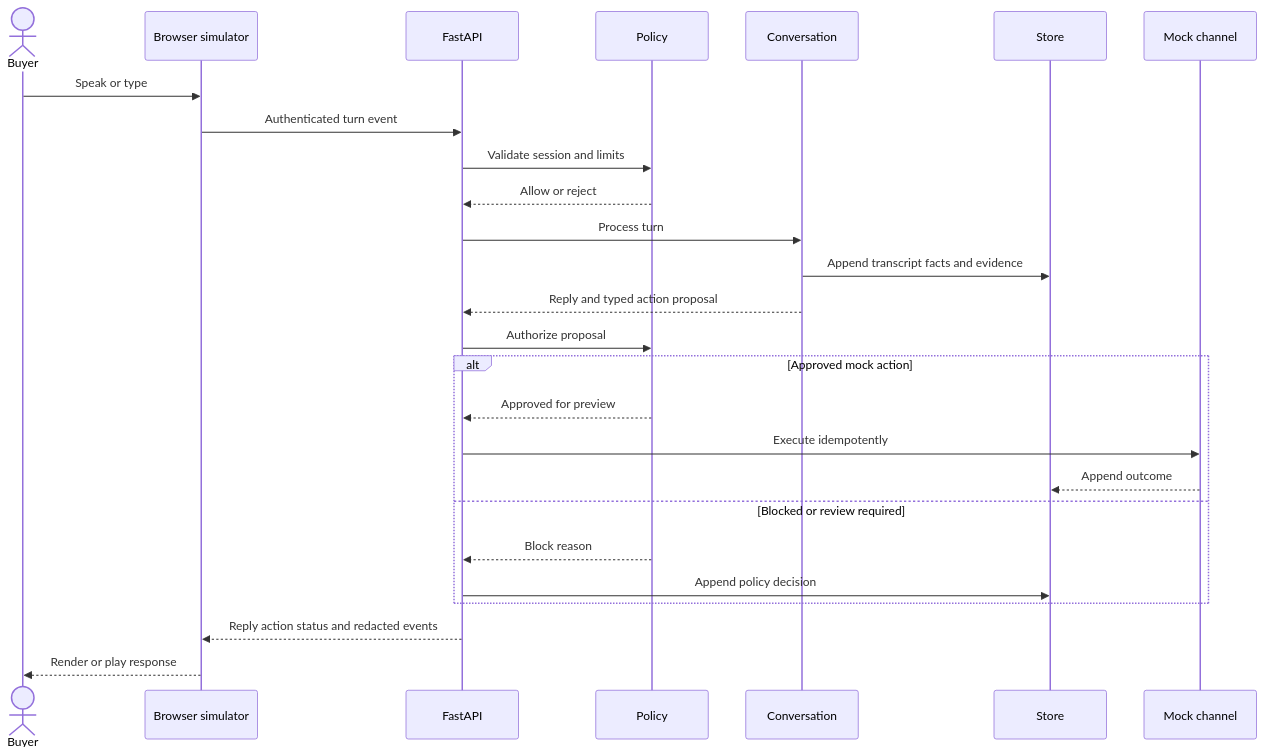
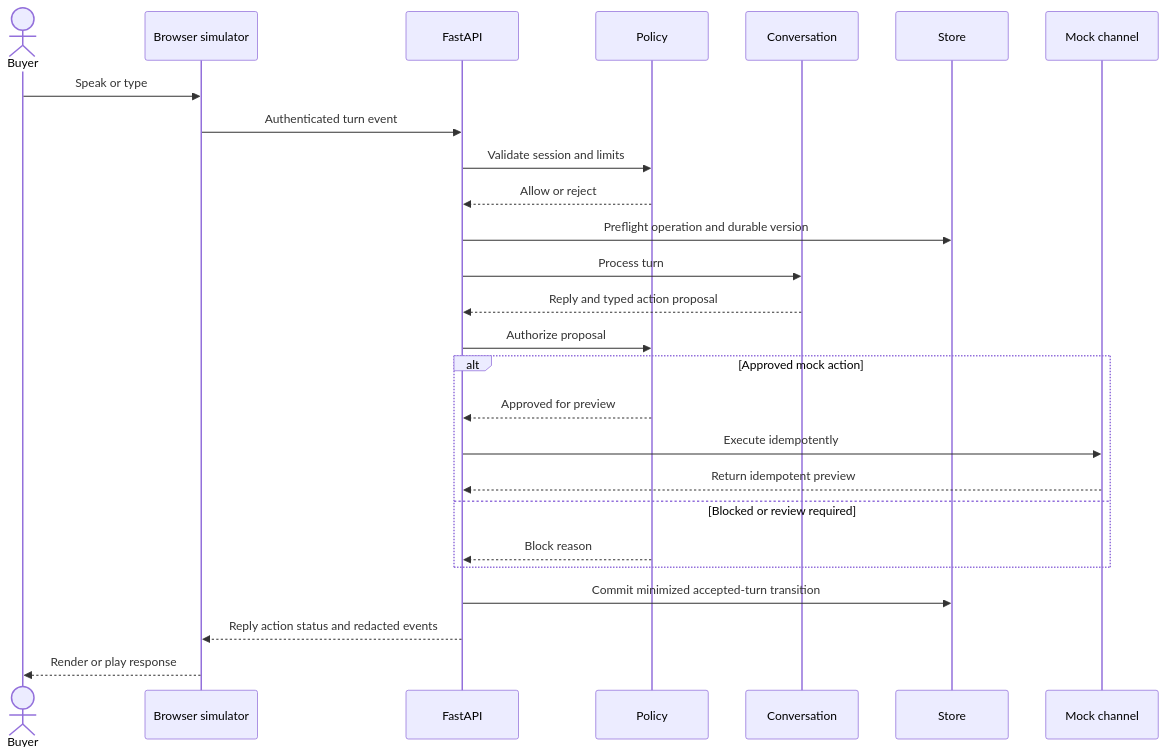
The second of 7 diagrams in docs/ARCHITECTURE.md (ishu-dvd/pitchBot), drawn with Mermaid before and after one commit. The commit also changed other lines of this file and 15 other files, not shown here.

````diff
--- a/docs/ARCHITECTURE.md
+++ b/docs/ARCHITECTURE.md
@@ -61,29 +61,29 @@
 ```mermaid
 sequenceDiagram
     actor Buyer
     participant UI as Browser simulator
     participant API as FastAPI
     participant Policy
     participant Conversation
     participant Store
     participant Mock as Mock channel
 
     Buyer->>UI: Speak or type
     UI->>API: Authenticated turn event
     API->>Policy: Validate session and limits
     Policy-->>API: Allow or reject
+    API->>Store: Preflight operation and durable version
     API->>Conversation: Process turn
-    Conversation->>Store: Append transcript facts and evidence
     Conversation-->>API: Reply and typed action proposal
     API->>Policy: Authorize proposal
     alt Approved mock action
         Policy-->>API: Approved for preview
         API->>Mock: Execute idempotently
-        Mock-->>Store: Append outcome
+        Mock-->>API: Return idempotent preview
     else Blocked or review required
         Policy-->>API: Block reason
-        API->>Store: Append policy decision
     end
+    API->>Store: Commit minimized accepted-turn transition
     API-->>UI: Reply action status and redacted events
     UI-->>Buyer: Render or play response
 ```
````
